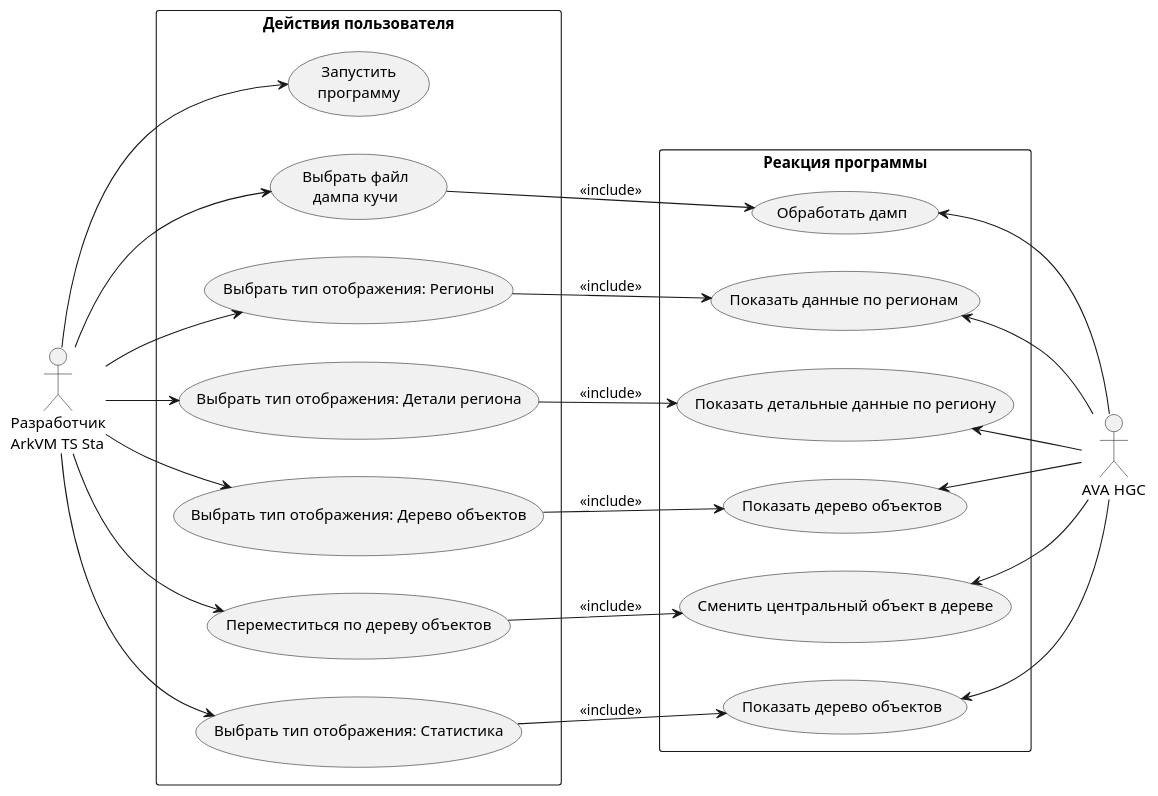
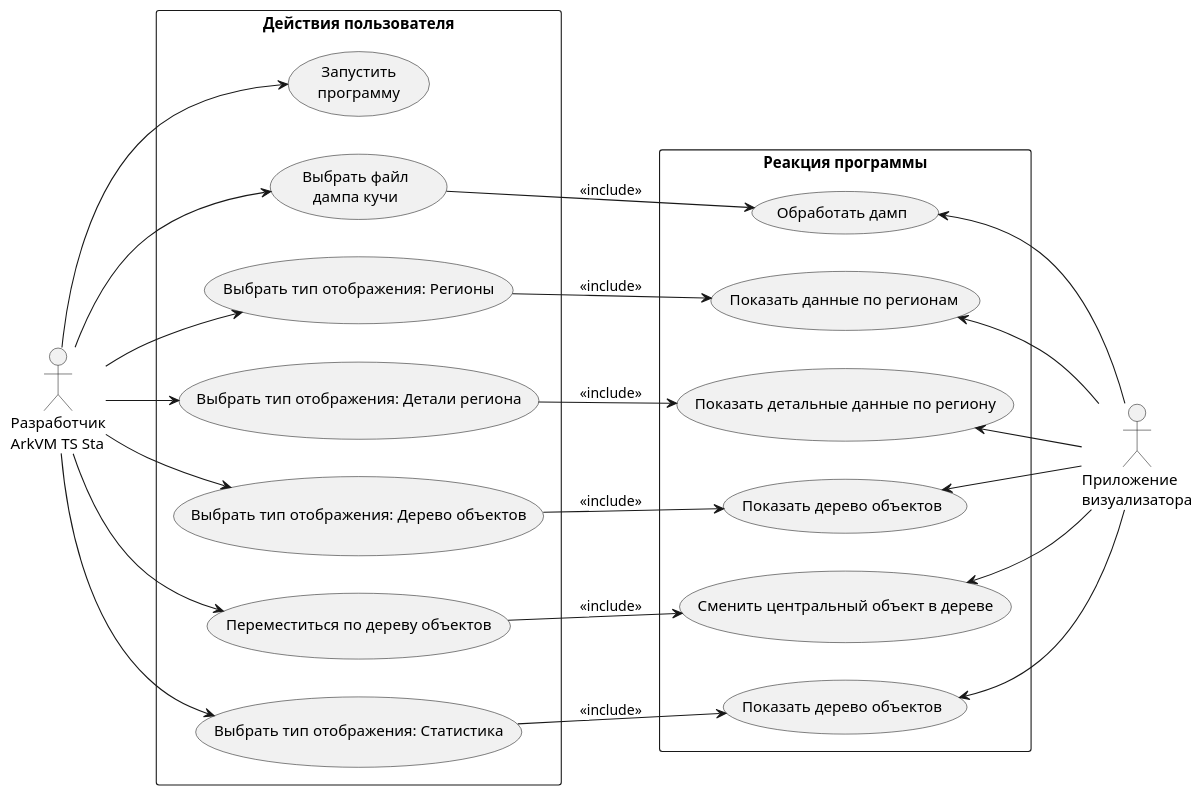
One commit to Grew0/VKR changed the diagram in Проектирование/UML use case.md. Above: the diagram before and after it, drawn with PlantUML. The commit also changed 14 other files, not shown here.

````diff
--- a/Проектирование/UML use case.md
+++ b/Проектирование/UML use case.md
@@ -1,56 +1,56 @@
 ```plantuml
 @startuml
 left to right direction
 
 actor "Разработчик\nArkVM TS Sta" as Dev
 
-actor "AVA HGC" as App
+actor "Приложение\nвизуализатора" as App
 
 
 rectangle "Действия пользователя" {
 usecase "Запустить\nпрограмму" as RunApp
 
 usecase "Выбрать файл\nдампа кучи" as SelectDumpFile
 usecase "Выбрать тип отображения: Регионы" as im_Regions
 usecase "Выбрать тип отображения: Детали региона" as im_DRegion
 usecase "Выбрать тип отображения: Дерево объектов" as im_HeapTree
 usecase "Переместиться по дереву объектов" as MoveInHeapTree
 usecase "Выбрать тип отображения: Статистика" as im_Statistic
 }
 
 rectangle "Реакция программы" {
 usecase "Обработать дамп" as ProcDumpFile
 usecase "Показать данные по регионам" as ShowRegions
 usecase "Показать детальные данные по региону" as ShowDRegion
 usecase "Показать дерево объектов" as ShowObjectTree
 usecase "Сменить центральный объект в дереве" as MoveInHeapTreeApp
 usecase "Показать дерево объектов" as ShowStatistic
 }
 
 
 Dev --> RunApp
 Dev --> SelectDumpFile
 Dev --> im_Regions
 Dev --> im_HeapTree
 Dev --> MoveInHeapTree
 Dev --> im_DRegion
 Dev --> im_Statistic
 
 
 SelectDumpFile --> ProcDumpFile: <<include>>
 im_Regions --> ShowRegions: <<include>>
 im_HeapTree --> ShowObjectTree: <<include>>
 MoveInHeapTree -->MoveInHeapTreeApp : <<include>>
 im_DRegion --> ShowDRegion: <<include>>
 im_Statistic --> ShowStatistic: <<include>>
 
 ProcDumpFile <-- App 
 ShowRegions <-- App 
 ShowDRegion <-- App 
 ShowObjectTree <-- App 
 MoveInHeapTreeApp <-- App 
 ShowStatistic <-- App 
 
 
 @enduml
 ```
````
